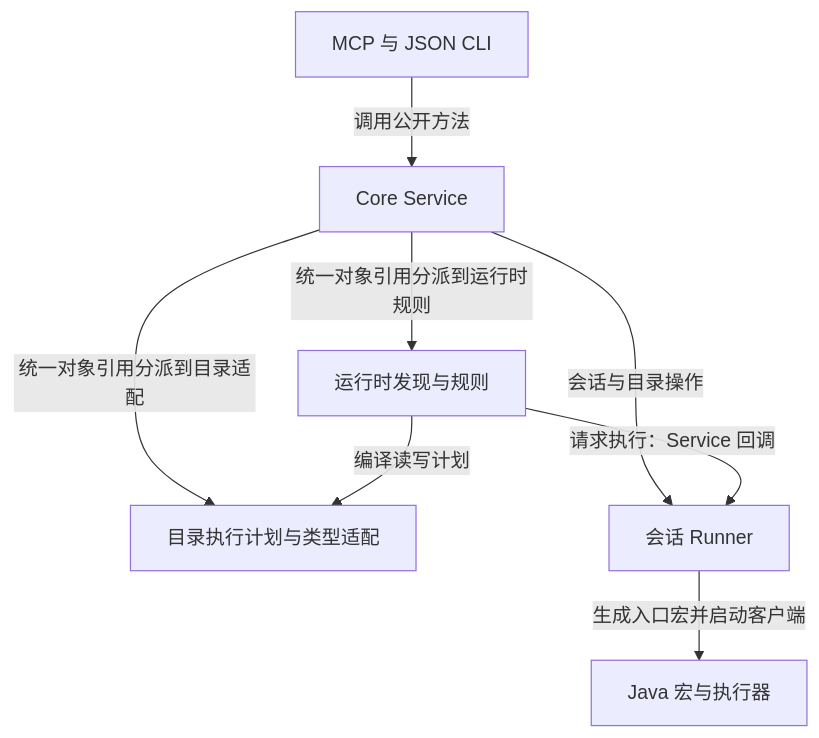
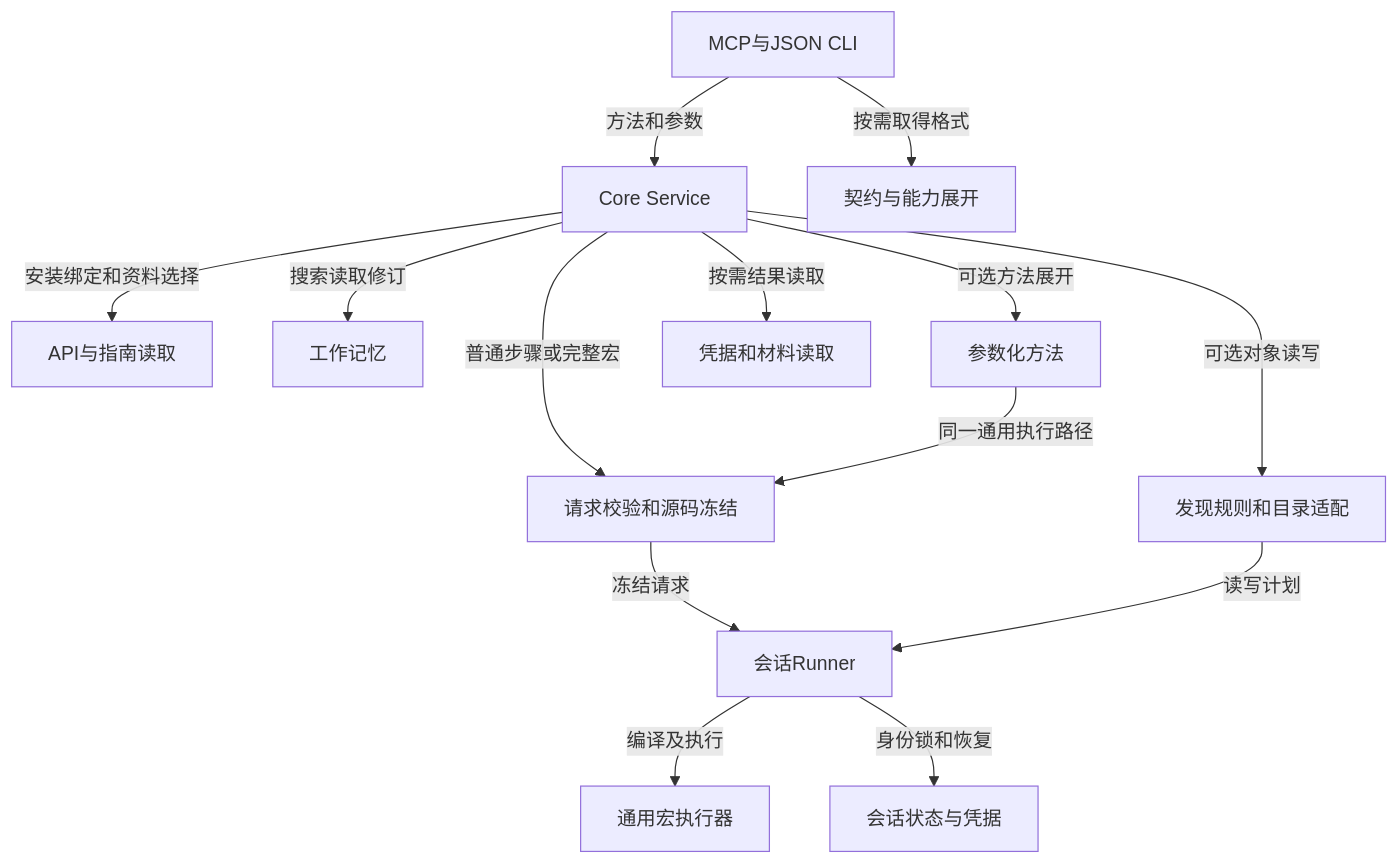
One commit to Laxpud/StarBridge changed the third of 3 diagrams in docs/tech/architecture.md. Above: the diagram before and after it, drawn with Mermaid. The commit also changed other lines of this file and 11 other files, not shown here.

````diff
--- a/docs/tech/architecture.md
+++ b/docs/tech/architecture.md
@@ -44,10 +45,16 @@
 ```mermaid
 flowchart TD
-    entry["MCP 与 JSON CLI"] -->|调用公开方法| service["Core Service"]
-    service -->|统一对象引用分派到运行时规则| discovery["运行时发现与规则"]
-    service -->|统一对象引用分派到目录适配| execution["目录执行计划与类型适配"]
-    discovery -->|编译读写计划| execution
-    service -->|会话与目录操作| runner["会话 Runner"]
-    discovery -->|请求执行：Service 回调| runner
-    runner -->|生成入口宏并启动客户端| java["Java 宏与执行器"]
+    entry[MCP与JSON CLI] -->|方法和参数| service[Core Service]
+    entry -->|按需取得格式| contract[契约与能力展开]
+    service -->|安装绑定和资料选择| docs[API与指南读取]
+    service -->|搜索读取修订| memory[工作记忆]
+    service -->|普通步骤或完整宏| prepare[请求校验和源码冻结]
+    service -->|可选方法展开| recipe[参数化方法]
+    recipe -->|同一通用执行路径| prepare
+    service -->|可选对象读写| structured[发现规则和目录适配]
+    prepare -->|冻结请求| runner[会话Runner]
+    structured -->|读写计划| runner
+    runner -->|编译及执行| macro[通用宏执行器]
+    runner -->|身份锁和恢复| state[会话状态与凭据]
+    service -->|按需结果读取| receipt[凭据和材料读取]
 ```
````
